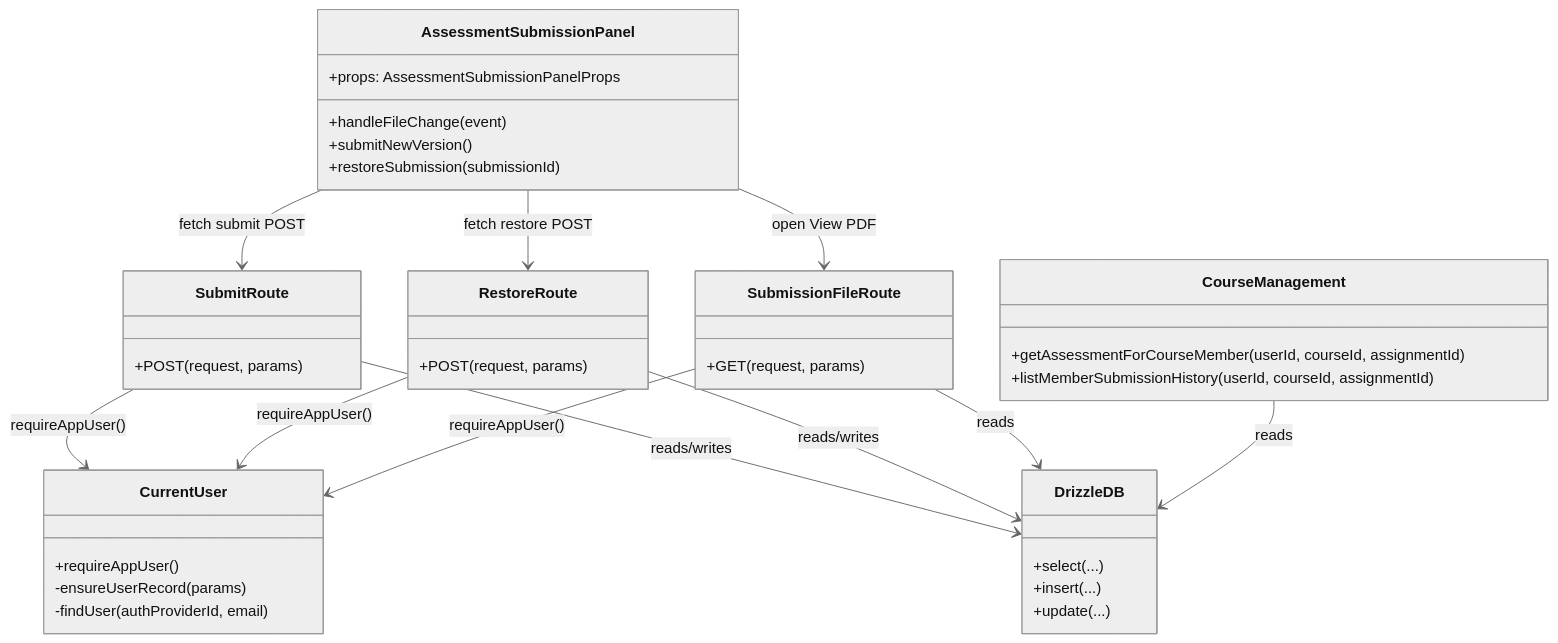
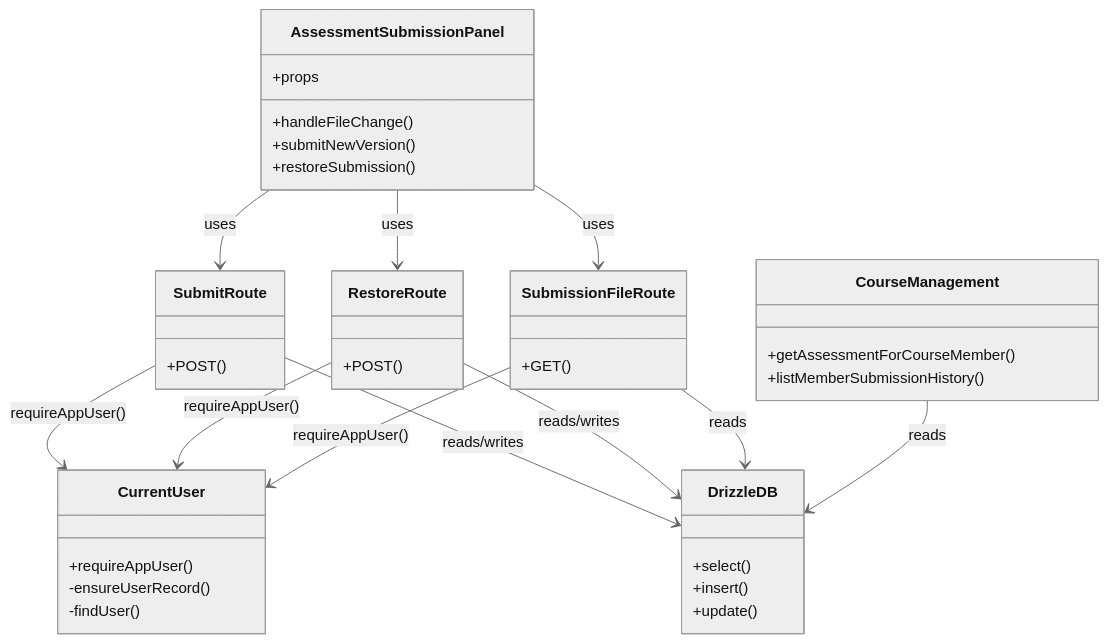
Before and after one commit to KesterTan/GradienceV2: the third of 3 diagrams in DEV_SPEC_SUBMISSIONS.md, drawn with Mermaid (neutral theme). The commit also changed other lines of this file, not shown here.

Commit message:
attempt to fix mermaide in specs

````diff
--- a/DEV_SPEC_SUBMISSIONS.md
+++ b/DEV_SPEC_SUBMISSIONS.md
@@ -134,52 +134,52 @@
 ```mermaid
 classDiagram
   class AssessmentSubmissionPanel {
-    +props: AssessmentSubmissionPanelProps
-    +handleFileChange(event)
+    +props
+    +handleFileChange()
     +submitNewVersion()
-    +restoreSubmission(submissionId)
+    +restoreSubmission()
   }
 
   class SubmitRoute {
-    +POST(request, params)
+    +POST()
   }
 
   class RestoreRoute {
-    +POST(request, params)
+    +POST()
   }
 
   class SubmissionFileRoute {
-    +GET(request, params)
+    +GET()
   }
 
   class CourseManagement {
-    +getAssessmentForCourseMember(userId, courseId, assignmentId)
-    +listMemberSubmissionHistory(userId, courseId, assignmentId)
+    +getAssessmentForCourseMember()
+    +listMemberSubmissionHistory()
   }
 
   class CurrentUser {
     +requireAppUser()
-    -ensureUserRecord(params)
-    -findUser(authProviderId, email)
+    -ensureUserRecord()
+    -findUser()
   }
 
   class DrizzleDB {
-    +select(...)
-    +insert(...)
-    +update(...)
+    +select()
+    +insert()
+    +update()
   }
 
-  AssessmentSubmissionPanel --> SubmitRoute : fetch submit POST
-  AssessmentSubmissionPanel --> RestoreRoute : fetch restore POST
-  AssessmentSubmissionPanel --> SubmissionFileRoute : open View PDF
+  AssessmentSubmissionPanel --> SubmitRoute : uses
+  AssessmentSubmissionPanel --> RestoreRoute : uses
+  AssessmentSubmissionPanel --> SubmissionFileRoute : uses
 
   SubmitRoute --> CurrentUser : requireAppUser()
   RestoreRoute --> CurrentUser : requireAppUser()
   SubmissionFileRoute --> CurrentUser : requireAppUser()
 
   SubmitRoute --> DrizzleDB : reads/writes
   RestoreRoute --> DrizzleDB : reads/writes
   SubmissionFileRoute --> DrizzleDB : reads
 
   CourseManagement --> DrizzleDB : reads
 ```
````
